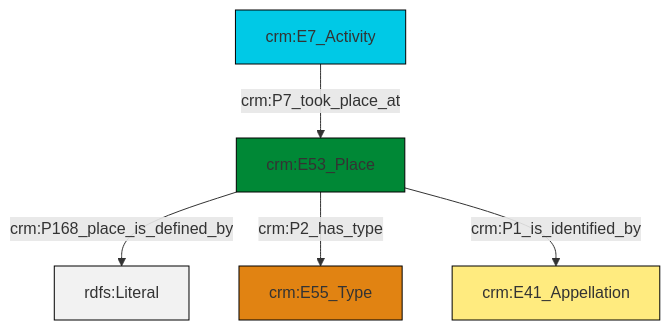
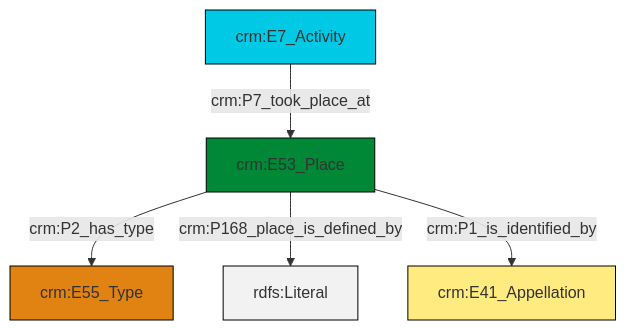
One commit to swiss-art-research-net/reference-data-models changed the diagram in et/eventCSV/ttl/mmd/event_location.ttl.mmd. Above: the diagram before and after it, drawn with Mermaid. The commit also changed 146 other files, not shown here.

```diff
--- a/et/eventCSV/ttl/mmd/event_location.ttl.mmd
+++ b/et/eventCSV/ttl/mmd/event_location.ttl.mmd
@@ -1,19 +1,19 @@
 graph TD
 classDef Literal fill:#f2f2f2,stroke:#000000;
 classDef CRM_Entity fill:#FFFFFF,stroke:#000000;
 classDef Temporal_Entity fill:#00C9E6, stroke:#000000;
 classDef Type fill:#E18312, stroke:#000000;
 classDef Time-Span fill:#2C9C91, stroke:#000000;
 classDef Appellation fill:#FFEB7F, stroke:#000000;
 classDef Place fill:#008836, stroke:#000000;
 classDef Persistent_Item fill:#B266B2, stroke:#000000;
 classDef Conceptual_Object fill:#FFD700, stroke:#000000;
 classDef Physical_Thing fill:#D2B48C, stroke:#000000;
 classDef Actor fill:#f58aad, stroke:#000000;
 classDef PC_Classes fill:#4ce600, stroke:#000000;
 classDef Multi fill:#cccccc,stroke:#000000;
 
-0["crm:E7_Activity"]:::Temporal_Entity -->|crm:P7_took_place_at| 2["crm:E53_Place"]:::Place
-2["crm:E53_Place"]:::Place -->|crm:P168_place_is_defined_by| 4[rdfs:Literal]:::Literal
-2["crm:E53_Place"]:::Place -->|crm:P2_has_type| 5["crm:E55_Type"]:::Type
-2["crm:E53_Place"]:::Place -->|crm:P1_is_identified_by| 7["crm:E41_Appellation"]:::Appellation
+0["crm:E7_Activity"]:::Temporal_Entity -->|crm:P7_took_place_at| 1["crm:E53_Place"]:::Place
+1["crm:E53_Place"]:::Place -->|crm:P2_has_type| 2["crm:E55_Type"]:::Type
+1["crm:E53_Place"]:::Place -->|crm:P168_place_is_defined_by| 4[rdfs:Literal]:::Literal
+1["crm:E53_Place"]:::Place -->|crm:P1_is_identified_by| 5["crm:E41_Appellation"]:::Appellation
```
